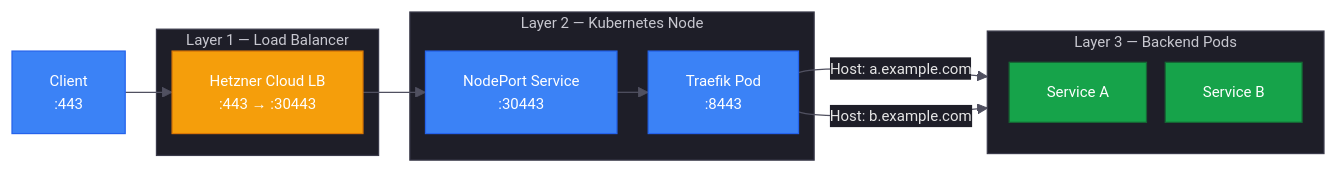
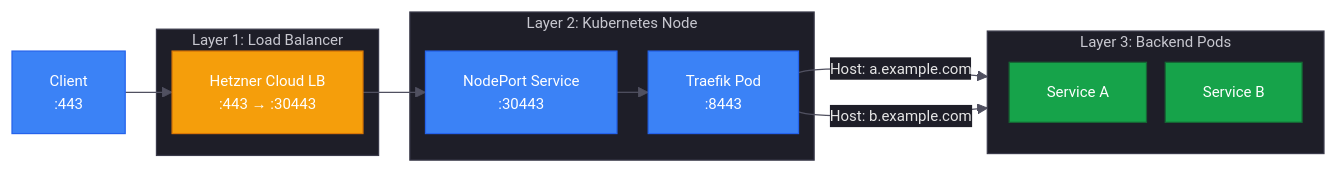
The second of 2 diagrams in guides/migrating-k3s-to-rke2/lesson-8.md (philprime/philprime.dev), drawn with Mermaid before and after one commit. The commit also changed other lines of this file and 12 other files, not shown here.

````diff
--- a/guides/migrating-k3s-to-rke2/lesson-8.md
+++ b/guides/migrating-k3s-to-rke2/lesson-8.md
@@ -127,34 +127,34 @@
 ```mermaid!
 %%{init: {"theme": "base", "flowchart": {"nodeSpacing": 15, "rankSpacing": 25}, "themeVariables": {"fontSize": "12px", "background": "#181818", "textColor": "#c8c8d0", "lineColor": "#505060", "primaryColor": "#2a2a3a", "primaryTextColor": "#e6e6e6", "primaryBorderColor": "#404050", "clusterBkg": "#1e1e28", "clusterBorder": "#3a3a4a", "edgeLabelBackground": "#1e1e28", "titleColor": "#c8c8d0"}}}%%
 flowchart LR
   Client["Client<br/>:443"]
 
-  subgraph LB["Layer 1 — Load Balancer"]
+  subgraph LB["Layer 1: Load Balancer"]
     LBSvc["Hetzner Cloud LB<br/>:443 → :30443"]
   end
 
-  subgraph Node["Layer 2 — Kubernetes Node"]
+  subgraph Node["Layer 2: Kubernetes Node"]
     NP["NodePort Service<br/>:30443"]
     Traefik["Traefik Pod<br/>:8443"]
   end
 
-  subgraph Backends["Layer 3 — Backend Pods"]
+  subgraph Backends["Layer 3: Backend Pods"]
     direction TB
     SvcA["Service A"]
     SvcB["Service B"]
   end
 
   Client --> LBSvc
   LBSvc --> NP
   NP --> Traefik
   Traefik -->|"Host: a.example.com"| SvcA
   Traefik -->|"Host: b.example.com"| SvcB
 
   classDef lb fill:#f59e0b,color:#fff,stroke:#d97706
   classDef node fill:#3b82f6,color:#fff,stroke:#2563eb
   classDef backend fill:#16a34a,color:#fff,stroke:#166534
 
   class LBSvc lb
   class NP,Traefik node
   class SvcA,SvcB backend
 ```
````
